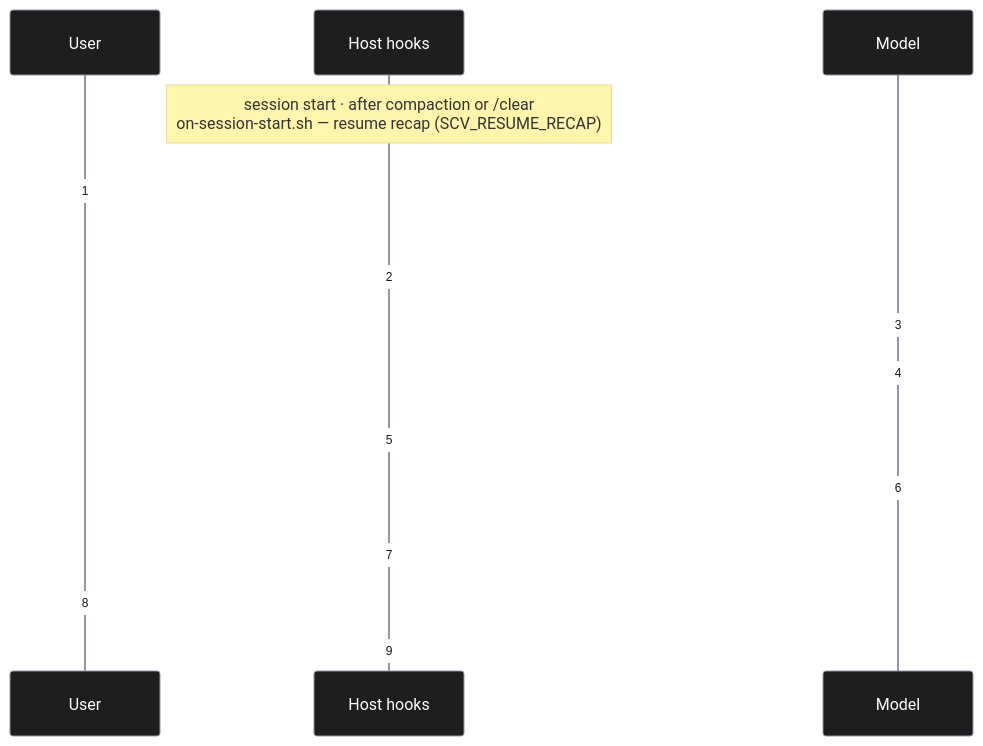
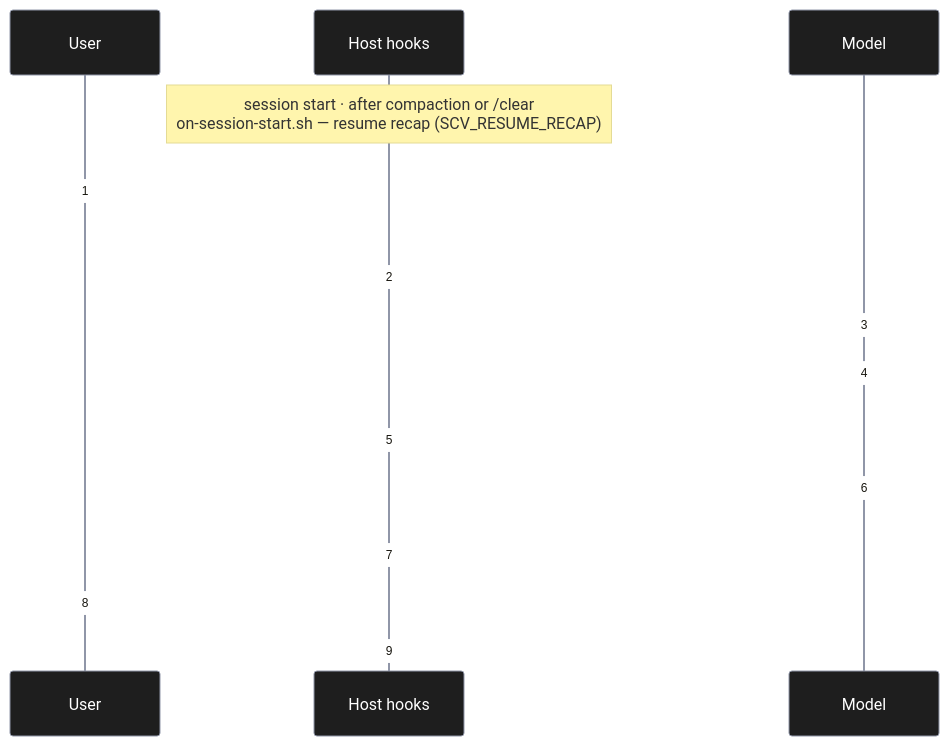
The second of 2 diagrams in docs/architecture.md (wookiya1364/scv-core), drawn with Mermaid before and after one commit. The commit also changed other lines of this file and 37 other files, not shown here.

````diff
--- a/docs/architecture.md
+++ b/docs/architecture.md
@@ -138,18 +138,18 @@
 ```mermaid
 %%{init: {'theme':'base', 'themeVariables': {'primaryColor':'#1e1e1e','primaryTextColor':'#fff','primaryBorderColor':'#9096a8','lineColor':'#e7e9f0','secondaryColor':'#2d2d2d','tertiaryColor':'#1e1e1e','background':'#171922','edgeLabelBackground':'#171922'}}}%%
 sequenceDiagram
   autonumber
   participant U as User
   participant H as Host hooks
   participant M as Model
   Note over H: session start · after compaction or /clear<br>on-session-start.sh — resume recap (SCV_RESUME_RECAP)
   U->>H: message
-  H->>M: on-user-prompt.sh — route to help (SCV_ALWAYS_ON)<br>diagnosis · plain language · choices · show the real thing<br>model guide rewrite (SCV_MODEL_PROMPTING) · dreams line
+  H->>M: on-user-prompt.sh — route to help (SCV_ALWAYS_ON)<br>diagnosis · plain language · choices · show the real thing<br>model guide rewrite (SCV_MODEL_PROMPTING)
   M->>H: register the rewritten request and the turn's scope
   M->>H: tool call
   H-->>M: guard.sh — refuse writes before registration<br>or outside the workflow without an SCV action
   M->>H: final answer
   H-->>M: on-stop.sh — registration · principle · choice gates<br>(each blocks at most once per turn)
   U->>H: picks an option in the choice tool
   H->>M: on-choice-answer.sh — register again before the next edit
 ```
````
